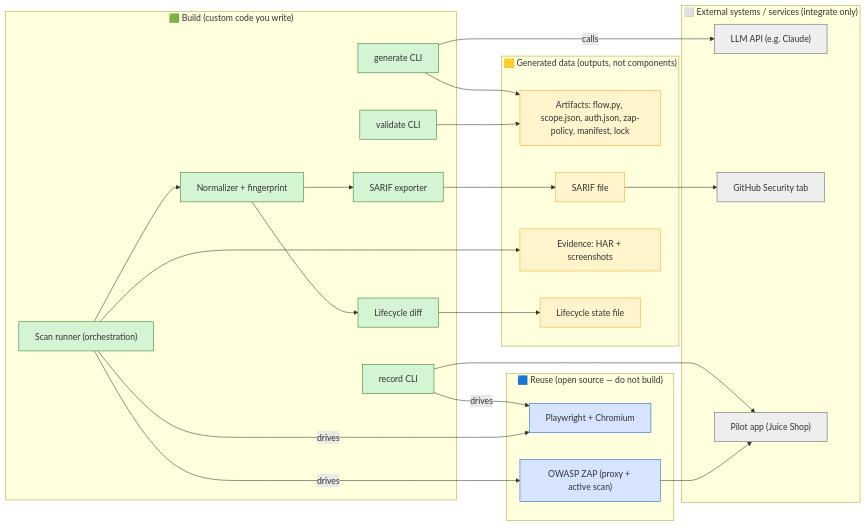
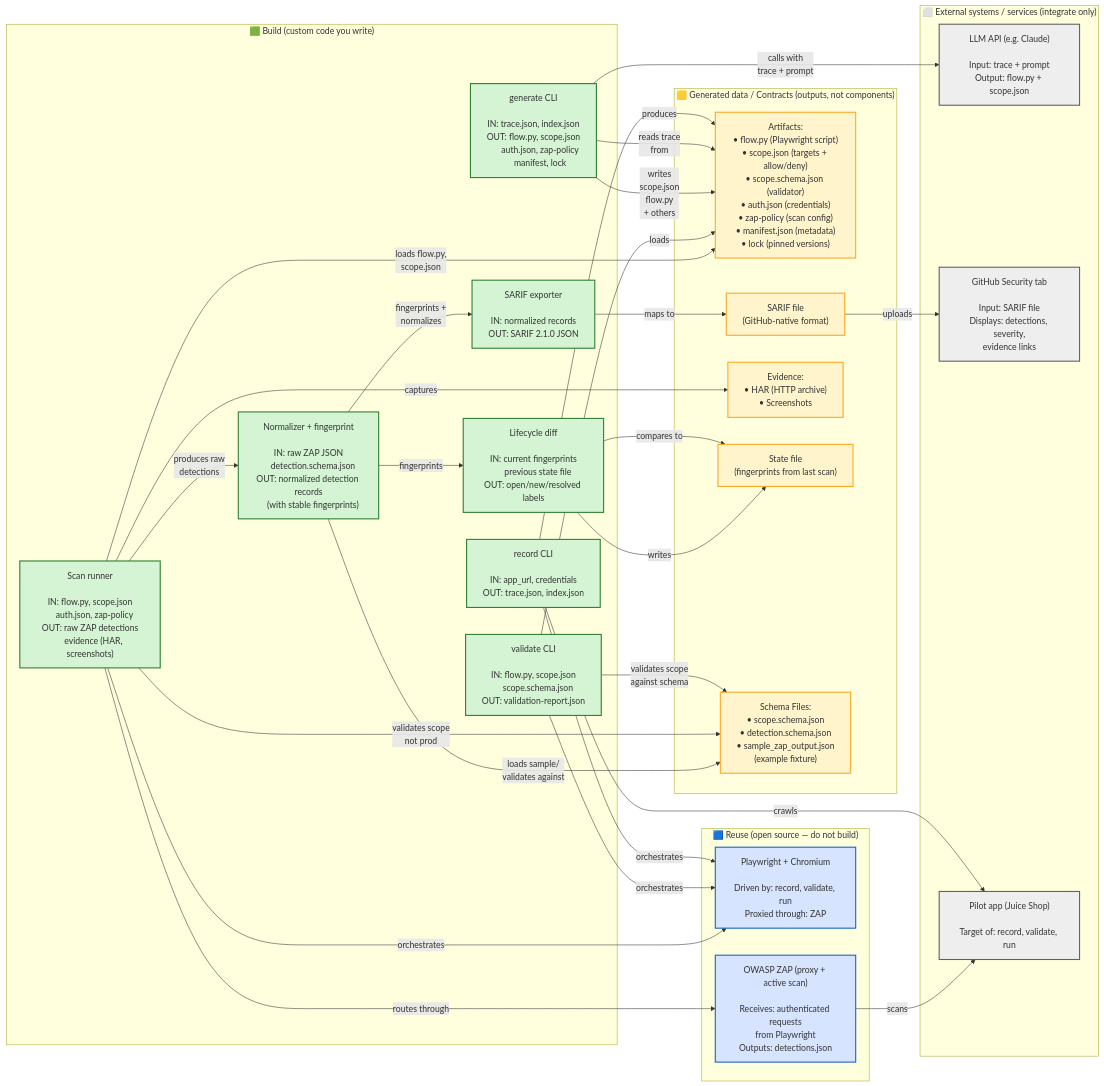
One commit to CodyYang2016/Dast-Scanning-Tool changed the diagram in docs/dast_poc_requirements.md. Above: the diagram before and after it, drawn with Mermaid. The commit also changed other lines of this file and 1 other file, not shown here.

Commit message:
docs: risk-gated demo plan with Phase 1 status/plan; flesh out architecture diagram

````diff
--- a/docs/dast_poc_requirements.md
+++ b/docs/dast_poc_requirements.md
@@ -104,51 +104,70 @@
 ```mermaid
 flowchart LR
   subgraph BUILD["🟩 Build (custom code you write)"]
-    Rec["record CLI"]
-    Gen["generate CLI"]
-    Val["validate CLI"]
-    Run["Scan runner (orchestration)"]
-    Norm["Normalizer + fingerprint"]
-    Exp["SARIF exporter"]
-    Diff["Lifecycle diff"]
+    Rec["record CLI<br/><br/>IN: app_url, credentials<br/>OUT: trace.json, index.json"]
+    Gen["generate CLI<br/><br/>IN: trace.json, index.json<br/>OUT: flow.py, scope.json<br/>&nbsp;&nbsp;&nbsp;&nbsp;&nbsp;&nbsp;auth.json, zap-policy<br/>&nbsp;&nbsp;&nbsp;&nbsp;&nbsp;&nbsp;manifest, lock"]
+    Val["validate CLI<br/><br/>IN: flow.py, scope.json<br/>&nbsp;&nbsp;&nbsp;&nbsp;scope.schema.json<br/>OUT: validation-report.json"]
+    Run["Scan runner<br/><br/>IN: flow.py, scope.json<br/>&nbsp;&nbsp;&nbsp;&nbsp;auth.json, zap-policy<br/>OUT: raw ZAP detections<br/>&nbsp;&nbsp;&nbsp;&nbsp;evidence (HAR, screenshots)"]
+    Norm["Normalizer + fingerprint<br/><br/>IN: raw ZAP JSON<br/>&nbsp;&nbsp;&nbsp;&nbsp;detection.schema.json<br/>OUT: normalized detection records<br/>&nbsp;&nbsp;&nbsp;&nbsp;(with stable fingerprints)"]
+    Exp["SARIF exporter<br/><br/>IN: normalized records<br/>OUT: SARIF 2.1.0 JSON"]
+    Diff["Lifecycle diff<br/><br/>IN: current fingerprints<br/>&nbsp;&nbsp;&nbsp;&nbsp;previous state file<br/>OUT: open/new/resolved labels"]
   end
 
   subgraph OSS["🟦 Reuse (open source — do not build)"]
-    PW["Playwright + Chromium"]
-    ZAP["OWASP ZAP (proxy + active scan)"]
+    PW["Playwright + Chromium<br/><br/>Driven by: record, validate, run<br/>Proxied through: ZAP"]
+    ZAP["OWASP ZAP (proxy + active scan)<br/><br/>Receives: authenticated requests<br/>from Playwright<br/>Outputs: detections.json"]
   end
 
   subgraph EXT["⬜ External systems / services (integrate only)"]
-    LLM["LLM API (e.g. Claude)"]
-    GH["GitHub Security tab"]
-    App["Pilot app (Juice Shop)"]
+    LLM["LLM API (e.g. Claude)<br/><br/>Input: trace + prompt<br/>Output: flow.py + scope.json"]
+    GH["GitHub Security tab<br/><br/>Input: SARIF file<br/>Displays: detections, severity,<br/>evidence links"]
+    App["Pilot app (Juice Shop)<br/><br/>Target of: record, validate, run"]
   end
 
-  subgraph DATA["🟨 Generated data (outputs, not components)"]
-    Art["Artifacts: flow.py, scope.json, auth.json, zap-policy, manifest, lock"]
-    SAR["SARIF file"]
-    Ev["Evidence: HAR + screenshots"]
-    State["Lifecycle state file"]
+  subgraph DATA["🟨 Generated data / Contracts (outputs, not components)"]
+    Art["Artifacts:<br/>• flow.py (Playwright script)<br/>• scope.json (targets + allow/deny)<br/>• scope.schema.json (validator)<br/>• auth.json (credentials)<br/>• zap-policy (scan config)<br/>• manifest.json (metadata)<br/>• lock (pinned versions)"]
+    SAR["SARIF file<br/>(GitHub-native format)"]
+    Ev["Evidence:<br/>• HAR (HTTP archive)<br/>• Screenshots"]
+    State["State file<br/>(fingerprints from last scan)"]
+    Schema["Schema Files:<br/>• scope.schema.json<br/>• detection.schema.json<br/>• sample_zap_output.json<br/>(example fixture)"]
   end
 
-  Rec -->|drives| PW
-  Rec --> App
-  Gen -->|calls| LLM
-  Gen --> Art
-  Val --> Art
-  Run -->|drives| PW
-  Run -->|drives| ZAP
-  ZAP --> App
-  Run --> Norm --> Exp --> SAR --> GH
-  Norm --> Diff --> State
-  Run --> Ev
+  Rec -->|orchestrates| PW
+  Rec -->|crawls| App
+  Rec -->|produces| Art
+  
+  Gen -->|reads trace<br/>from| Art
+  Gen -->|calls with<br/>trace + prompt| LLM
+  Gen -->|writes<br/>scope.json<br/>flow.py<br/>+ others| Art
+  
+  Val -->|loads| Art
+  Val -->|validates scope<br/>against schema| Schema
+  Val -->|orchestrates| PW
+  
+  Run -->|loads flow.py,<br/>scope.json| Art
+  Run -->|validates scope<br/>not prod| Schema
+  Run -->|routes through| ZAP
+  Run -->|orchestrates| PW
+  ZAP -->|scans| App
+  Run -->|produces raw<br/>detections| Norm
+  Run -->|captures| Ev
+  
+  Norm -->|loads sample/<br/>validates against| Schema
+  Norm -->|fingerprints +<br/>normalizes| Exp
+  
+  Exp -->|maps to| SAR
+  SAR -->|uploads| GH
+  
+  Norm -->|fingerprints| Diff
+  Diff -->|compares to| State
+  Diff -->|writes| State
 
-  classDef build fill:#d4f4d4,stroke:#2e7d32;
-  classDef oss fill:#d6e4ff,stroke:#1565c0;
-  classDef ext fill:#eeeeee,stroke:#616161;
-  classDef data fill:#fff4cc,stroke:#f9a825;
+  classDef build fill:#d4f4d4,stroke:#2e7d32,stroke-width:2px;
+  classDef oss fill:#d6e4ff,stroke:#1565c0,stroke-width:2px;
+  classDef ext fill:#eeeeee,stroke:#616161,stroke-width:2px;
+  classDef data fill:#fff4cc,stroke:#f9a825,stroke-width:2px;
   class Rec,Gen,Val,Run,Norm,Exp,Diff build;
   class PW,ZAP oss;
   class LLM,GH,App ext;
-  class Art,SAR,Ev,State data;
+  class Art,SAR,Ev,State,Schema data;
 ```
````
